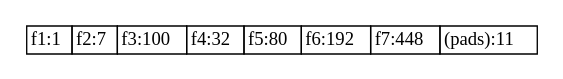
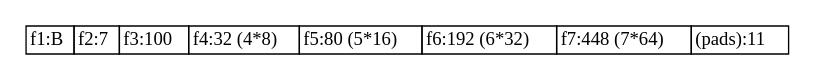
One commit to sireum/bitcodec-examples changed the diagram in src/basic/basic-spec.dot. Above: the diagram before and after it, drawn with Graphviz. The commit also changed 9 other files, not shown here.

```diff
--- a/src/basic/basic-spec.dot
+++ b/src/basic/basic-spec.dot
@@ -1,12 +1,12 @@
 digraph G {
   rankdir = LR;
   node [shape=plaintext];
   edge [arrowhead=vee];
 
   n0 [label=<
     <TABLE BORDER="0" CELLBORDER="1" CELLSPACING="0">
-      <TR><TD>f1:1</TD><TD>f2:7</TD><TD>f3:100</TD><TD>f4:32</TD><TD>f5:80</TD><TD>f6:192</TD><TD>f7:448</TD><TD>(pads):11</TD></TR>
+      <TR><TD>f1:B</TD><TD>f2:7</TD><TD>f3:100</TD><TD>f4:32 (4*8)</TD><TD>f5:80 (5*16)</TD><TD>f6:192 (6*32)</TD><TD>f7:448 (7*64)</TD><TD>(pads):11</TD></TR>
     </TABLE>
   >];
 
 }
```
